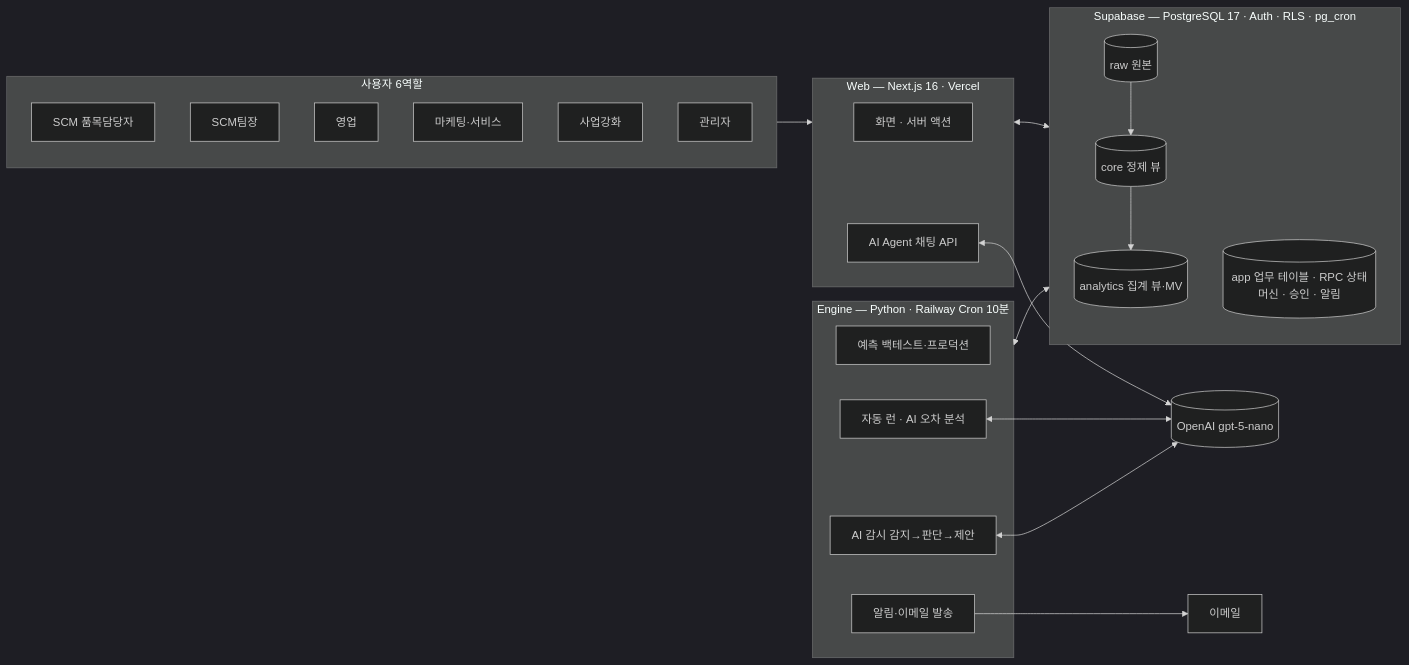
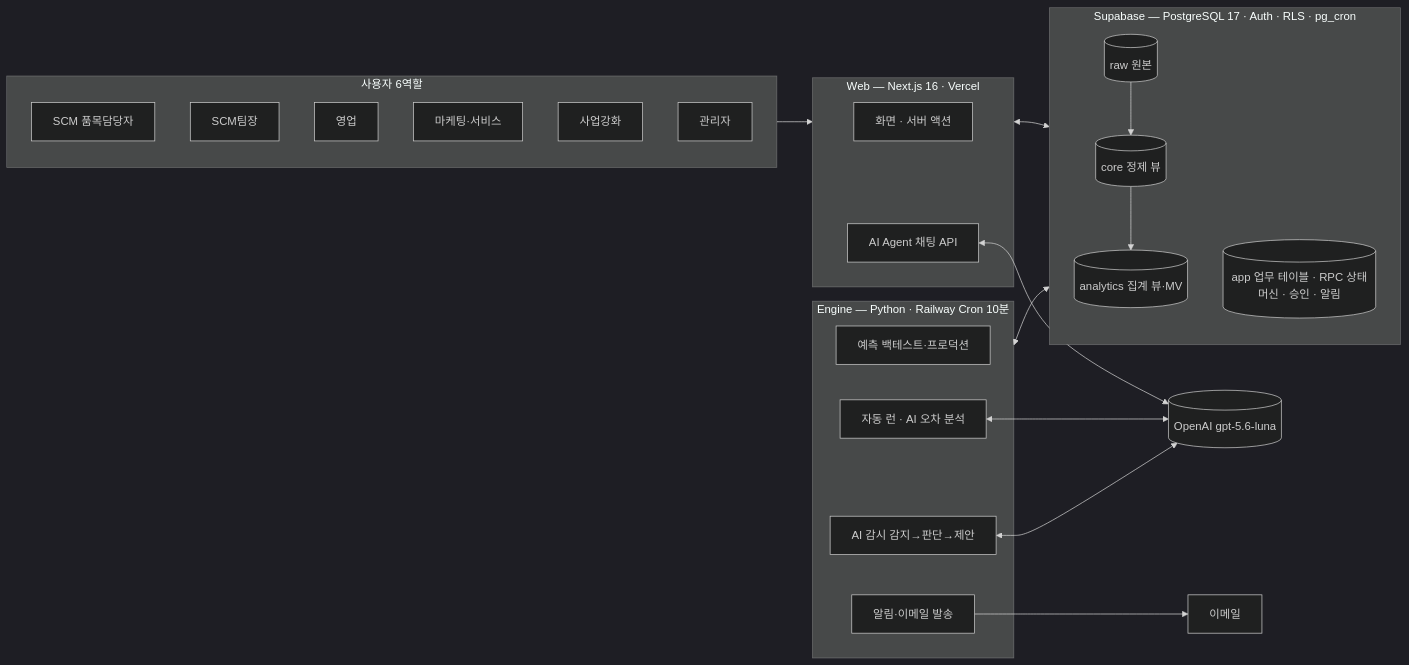
One commit to maclovedany/SCMpro changed the first of 3 diagrams in docs/11-system-overview.md. Above: the diagram before and after it, drawn with Mermaid (dark theme). The commit also changed 20 other files, not shown here.

First line of the commit message:
feat: AI 모델 gpt-5-nano → gpt-5.6-luna 교체 (D-073)

````diff
--- a/docs/11-system-overview.md
+++ b/docs/11-system-overview.md
@@ -43,19 +43,19 @@
 ```mermaid
 flowchart LR
   subgraph Users[사용자 6역할]
     U1[SCM 품목담당자] ; U2[SCM팀장] ; U3[영업] ; U4[마케팅·서비스] ; U5[사업강화] ; U6[관리자]
   end
   subgraph Web[Web — Next.js 16 · Vercel]
     W1[화면 · 서버 액션] ; W2[AI Agent 채팅 API]
   end
   subgraph DB[Supabase — PostgreSQL 17 · Auth · RLS · pg_cron]
     R[(raw 원본)] --> C[(core 정제 뷰)] --> A[(analytics 집계 뷰·MV)]
     APP[(app 업무 테이블 · RPC 상태머신 · 승인 · 알림)]
   end
   subgraph Engine[Engine — Python · Railway Cron 10분]
     E1[예측 백테스트·프로덕션] ; E2[자동 런 · AI 오차 분석] ; E3[AI 감시 감지→판단→제안] ; E4[알림·이메일 발송]
   end
-  LLM[(OpenAI gpt-5-nano)]
+  LLM[(OpenAI gpt-5.6-luna)]
   Users --> Web ; Web <--> DB ; Engine <--> DB ; W2 <--> LLM ; E2 <--> LLM ; E3 <--> LLM
   E4 --> SMTP[이메일]
 ```
````
